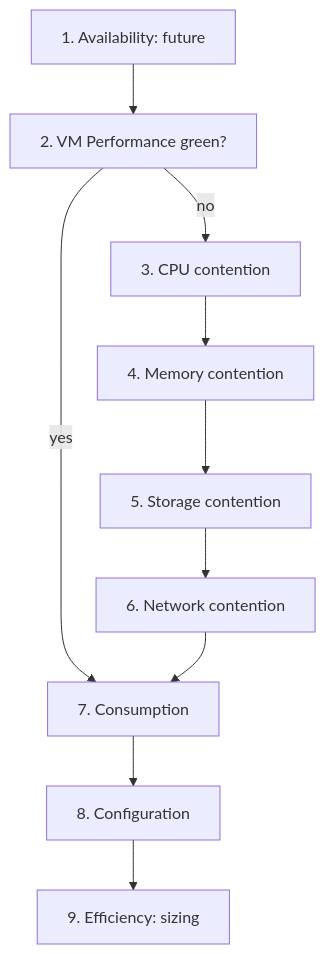
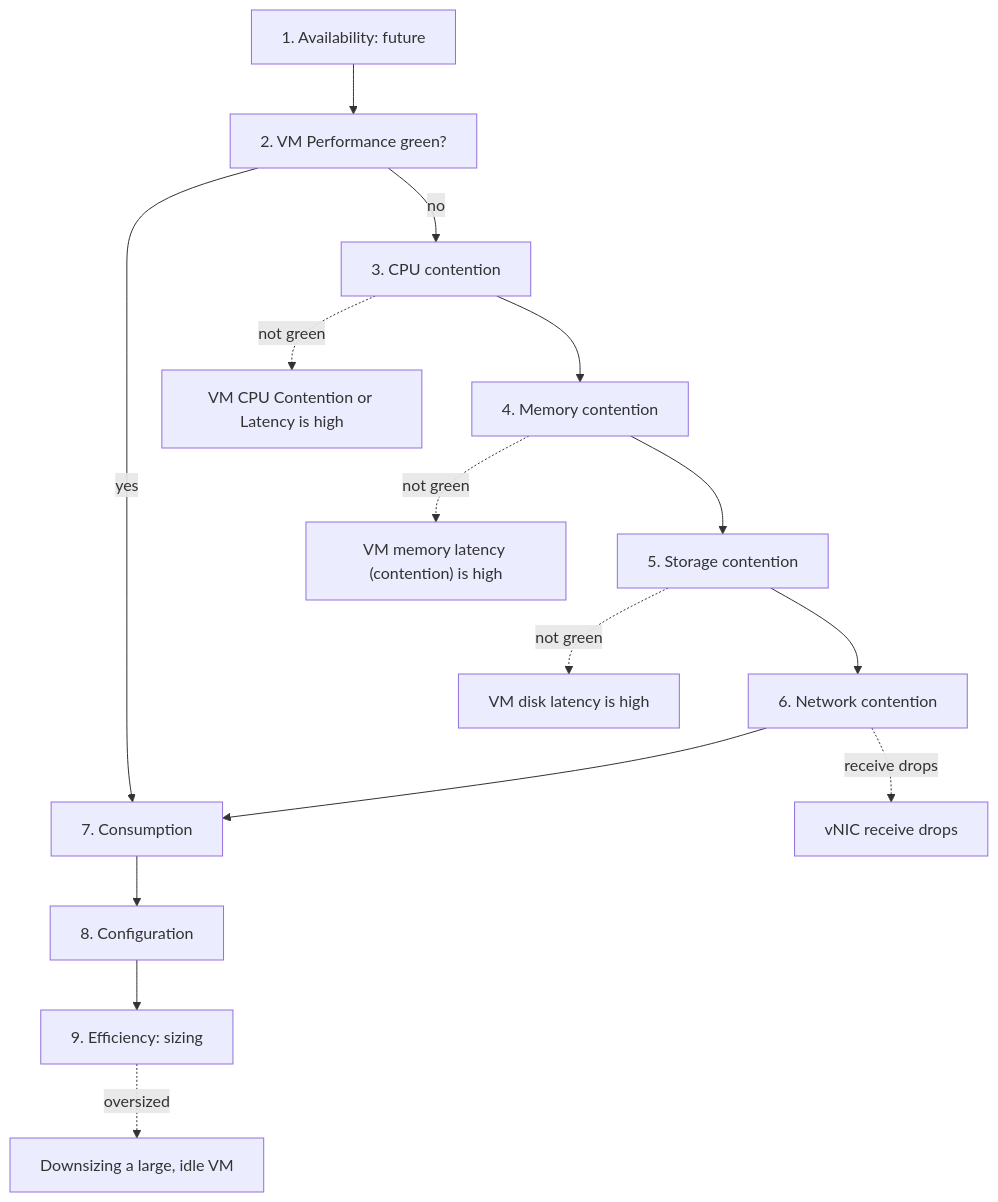
Before and after one commit to e1-rahabok/agent-e2: the diagram in knowledge/vsphere/object-types/vm/vm-health-check.md, drawn with Mermaid. The commit also changed 14 other files, not shown here.

First line of the commit message:
Flow charts: every hand-off box opens its flow

````diff
--- a/knowledge/vsphere/object-types/vm/vm-health-check.md
+++ b/knowledge/vsphere/object-types/vm/vm-health-check.md
@@ -12,12 +12,22 @@
 ```mermaid
 flowchart TD
   S1[1. Availability: future] --> S2[2. VM Performance green?]
   S2 -->|no| S3[3. CPU contention]
   S3 --> S4[4. Memory contention]
   S4 --> S5[5. Storage contention]
   S5 --> S6[6. Network contention]
   S2 -->|yes| S7[7. Consumption]
   S6 --> S7
   S7 --> S8[8. Configuration]
   S8 --> S9[9. Efficiency: sizing]
+  S3 -.->|not green| T3["VM CPU Contention or Latency is high"]
+  S4 -.->|not green| T4["VM memory latency (contention) is high"]
+  S5 -.->|not green| T5["VM disk latency is high"]
+  S6 -.->|receive drops| T6["vNIC receive drops"]
+  S9 -.->|oversized| D9["Downsizing a large, idle VM"]
+  click T3 "https://github.com/e1-rahabok/agent-e2/blob/main/knowledge/vsphere/technology/cpu/troubleshooting/vm-cpu-contention-high.md" "VM CPU Contention or Latency is high" _blank
+  click T4 "https://github.com/e1-rahabok/agent-e2/blob/main/knowledge/vsphere/technology/memory/vm-memory-latency-high.md" "VM memory latency (contention) is high" _blank
+  click T5 "https://github.com/e1-rahabok/agent-e2/blob/main/knowledge/vsphere/technology/storage/troubleshooting/vm-storage-performance-checks.md" "VM disk latency is high" _blank
+  click T6 "https://github.com/e1-rahabok/agent-e2/blob/main/knowledge/vsphere/technology/network/vnic-rx-drops.md" "vNIC receive drops" _blank
+  click D9 "https://github.com/e1-rahabok/agent-e2/blob/main/knowledge/vsphere/technology/cpu/decision-tree/oversized-vm-downsizing.md" "Downsizing a large, idle VM" _blank
 ```
````
